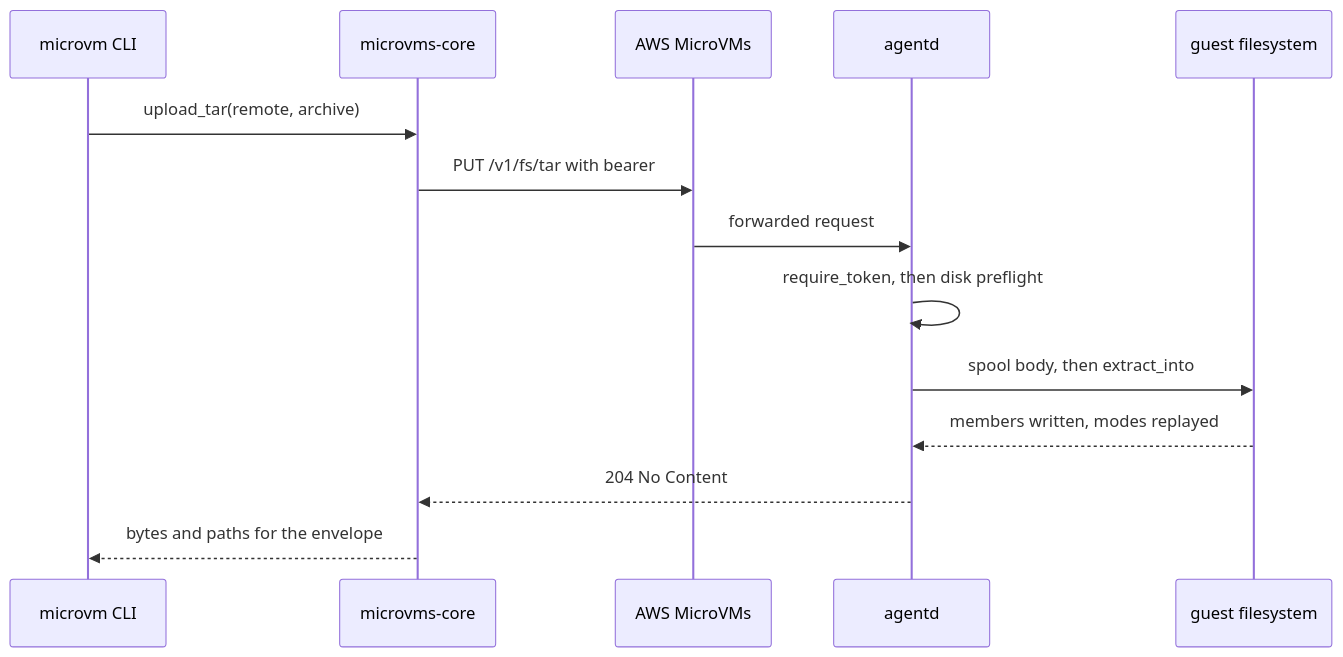
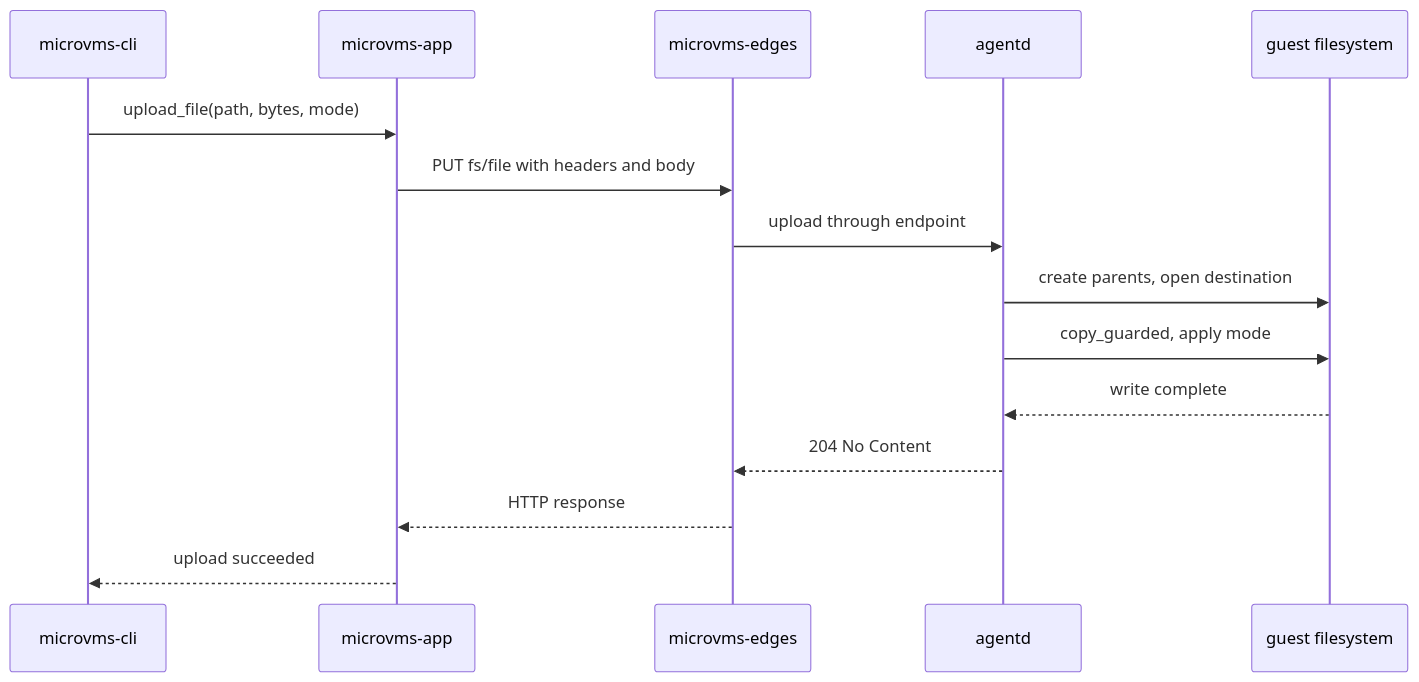
The third of 3 diagrams in docs/architecture/data-flow.md (laithalsaadoon/microvms-agentd), drawn with Mermaid before and after one commit. The commit also changed other lines of this file and 19 other files, not shown here.

````diff
--- a/docs/architecture/data-flow.md
+++ b/docs/architecture/data-flow.md
@@ -171,16 +110,17 @@
 ```mermaid
 sequenceDiagram
-    participant CLI as microvm CLI
-    participant Core as microvms-core
-    participant AWS as AWS MicroVMs
+    participant CLI as microvms-cli
+    participant App as microvms-app
+    participant Edges as microvms-edges
     participant Daemon as agentd
     participant Disk as guest filesystem
-    CLI->>Core: upload_tar(remote, archive)
-    Core->>AWS: PUT /v1/fs/tar with bearer
-    AWS->>Daemon: forwarded request
-    Daemon->>Daemon: require_token, then disk preflight
-    Daemon->>Disk: spool body, then extract_into
-    Disk-->>Daemon: members written, modes replayed
-    Daemon-->>Core: 204 No Content
-    Core-->>CLI: bytes and paths for the envelope
+    CLI->>App: upload_file(path, bytes, mode)
+    App->>Edges: PUT fs/file with headers and body
+    Edges->>Daemon: upload through endpoint
+    Daemon->>Disk: create parents, open destination
+    Daemon->>Disk: copy_guarded, apply mode
+    Disk-->>Daemon: write complete
+    Daemon-->>Edges: 204 No Content
+    Edges-->>App: HTTP response
+    App-->>CLI: upload succeeded
 ```
````
